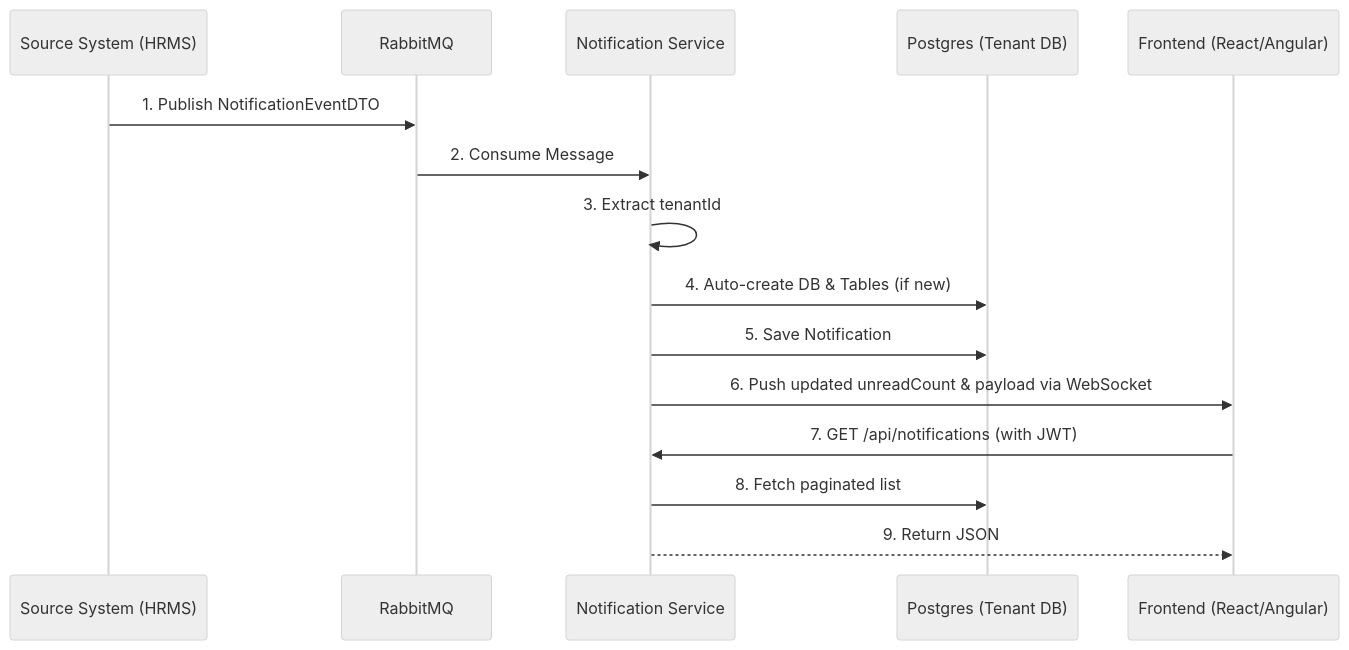
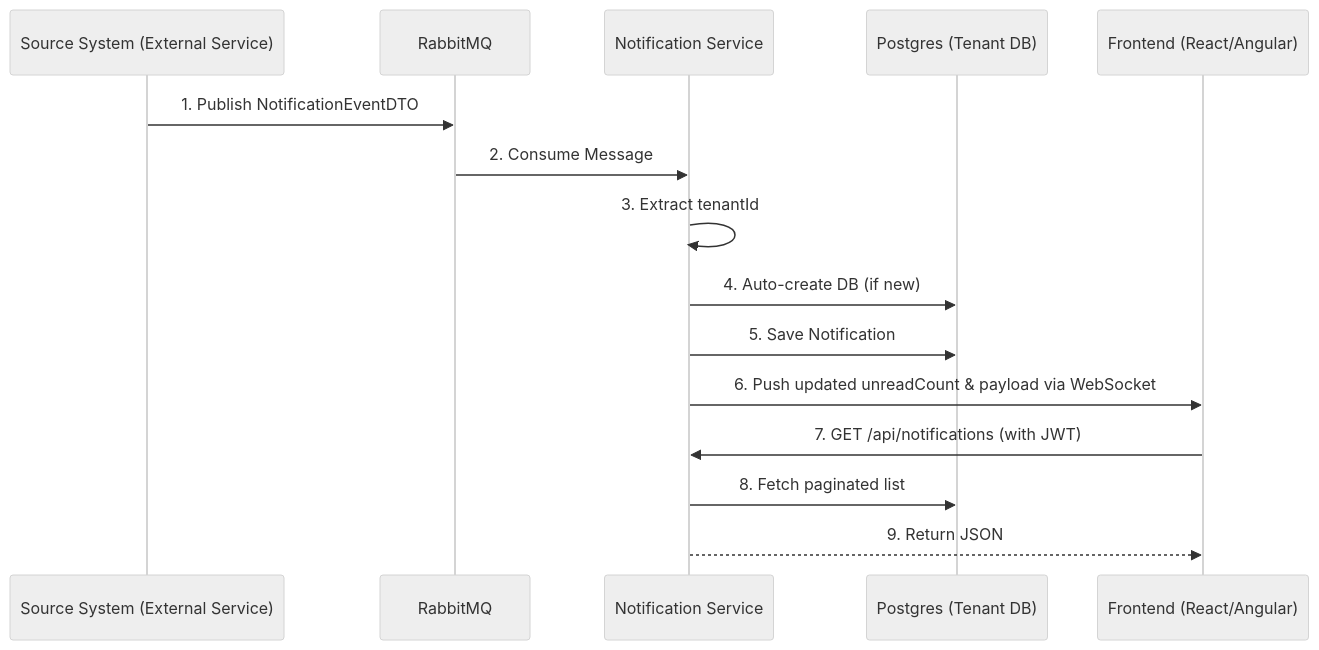
One commit to arifulnoman/notification-service changed the diagram in README.md. Above: the diagram before and after it, drawn with Mermaid (neutral theme). The commit also changed other lines of this file, not shown here.

````diff
--- a/README.md
+++ b/README.md
@@ -10,23 +15,23 @@
 ```mermaid
 sequenceDiagram
-    participant S as Source System (HRMS)
+    participant S as Source System (External Service)
     participant MQ as RabbitMQ
     participant CNS as Notification Service
     participant DB as Postgres (Tenant DB)
     participant WS as Frontend (React/Angular)
 
     %% Publishing Flow
     S->>MQ: 1. Publish NotificationEventDTO
     MQ->>CNS: 2. Consume Message
     CNS->>CNS: 3. Extract tenantId
-    CNS->>DB: 4. Auto-create DB & Tables (if new)
+    CNS->>DB: 4. Auto-create DB (if new)
     CNS->>DB: 5. Save Notification
     
     %% Real-time Push
     CNS->>WS: 6. Push updated unreadCount & payload via WebSocket
     
     %% REST Fetching
     WS->>CNS: 7. GET /api/notifications (with JWT)
     CNS->>DB: 8. Fetch paginated list
     CNS-->>WS: 9. Return JSON
 ```
````
